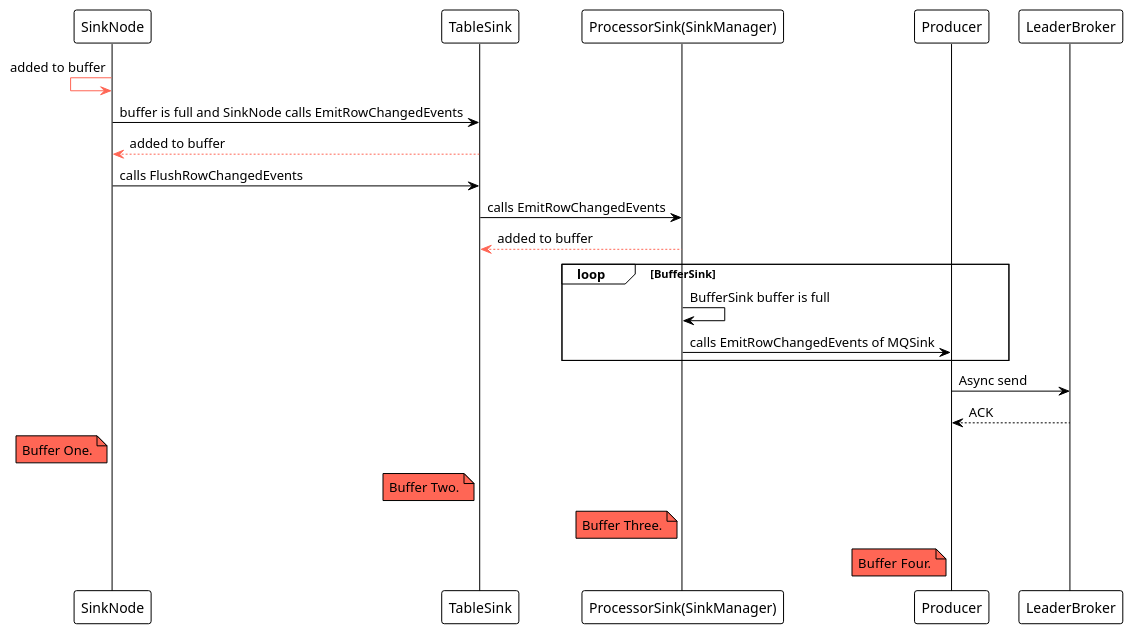
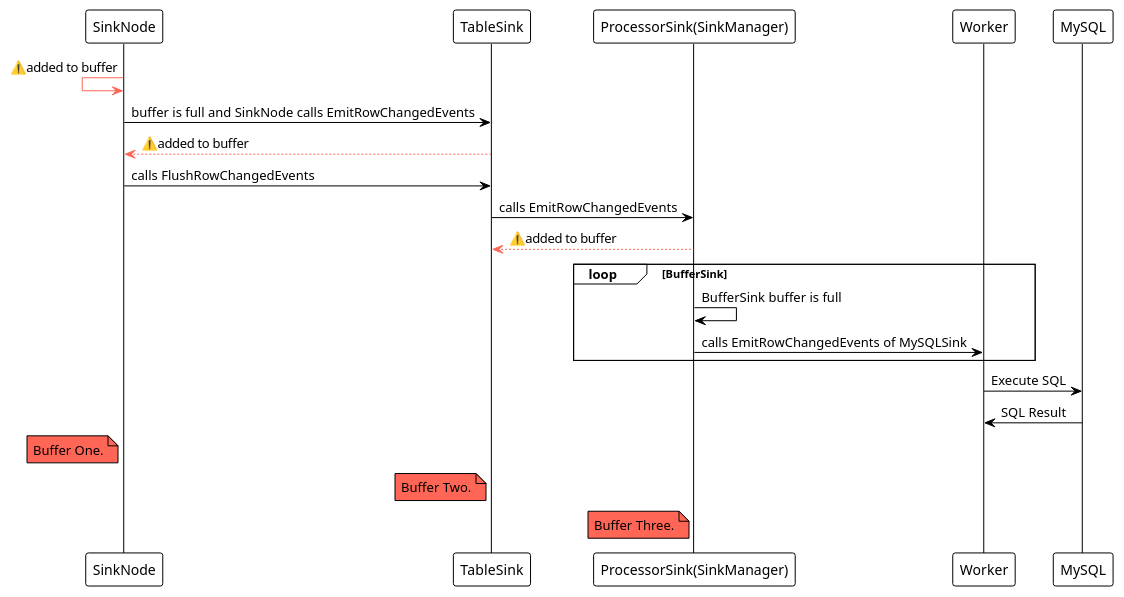
The fifth of 11 diagrams in ticdc-new-sink.slide/slides.md (0xPoe/talks), drawn with PlantUML before and after one commit. The commit also changed other lines of this file, not shown here.

Commit message:
ticdc-new-sink: Add ⚠️

````diff
--- a/ticdc-new-sink.slide/slides.md
+++ b/ticdc-new-sink.slide/slides.md
@@ -388,34 +397,31 @@
 ```plantuml {scale: 0.9}
 @startuml
 !theme plain
-SinkNode <[bold,#FF6655]- SinkNode: added to buffer
+SinkNode <[bold,#FF6655]- SinkNode: ⚠️added to buffer
 SinkNode -> TableSink: buffer is full and SinkNode calls EmitRowChangedEvents
-SinkNode <-[bold,#FF6655]- TableSink: added to buffer
+SinkNode <-[bold,#FF6655]- TableSink: ⚠️added to buffer
 SinkNode -> TableSink: calls FlushRowChangedEvents
 TableSink -> "ProcessorSink(SinkManager)": calls EmitRowChangedEvents
-TableSink <-[bold,#FF6655]- "ProcessorSink(SinkManager)": added to buffer
+TableSink <-[bold,#FF6655]- "ProcessorSink(SinkManager)": ⚠️added to buffer
 loop BufferSink
   "ProcessorSink(SinkManager)" -> "ProcessorSink(SinkManager)": BufferSink buffer is full
-  "ProcessorSink(SinkManager)" -> Producer: calls EmitRowChangedEvents of MQSink
+  "ProcessorSink(SinkManager)" -> Worker: calls EmitRowChangedEvents of MySQLSink
 end
-Producer -> LeaderBroker: Async send
-Producer <-- LeaderBroker: ACK
+Worker -> MySQL: Execute SQL
+Worker <- MySQL: SQL Result
 
 
 note left of SinkNode #FF6655
   Buffer One.
 end note
 
 note left of TableSink #FF6655
   Buffer Two.
 end note
 
 note left of "ProcessorSink(SinkManager)" #FF6655
   Buffer Three.
 end note
 
-note left of Producer #FF6655
-  Buffer Four.
-end note
 @enduml
 ```
````
